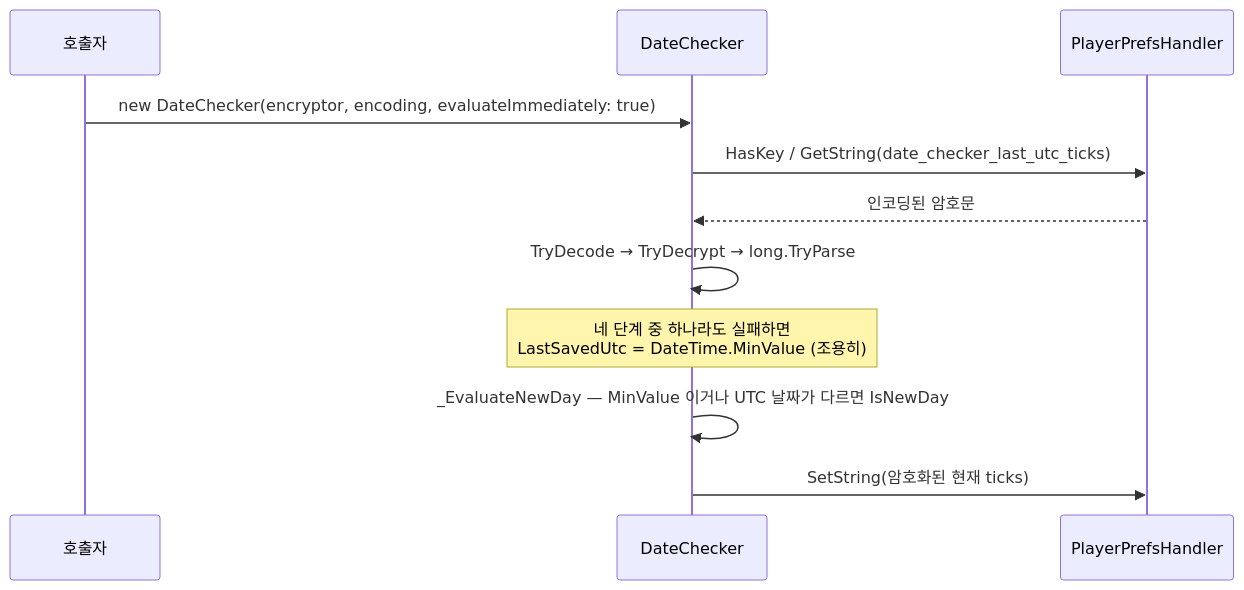
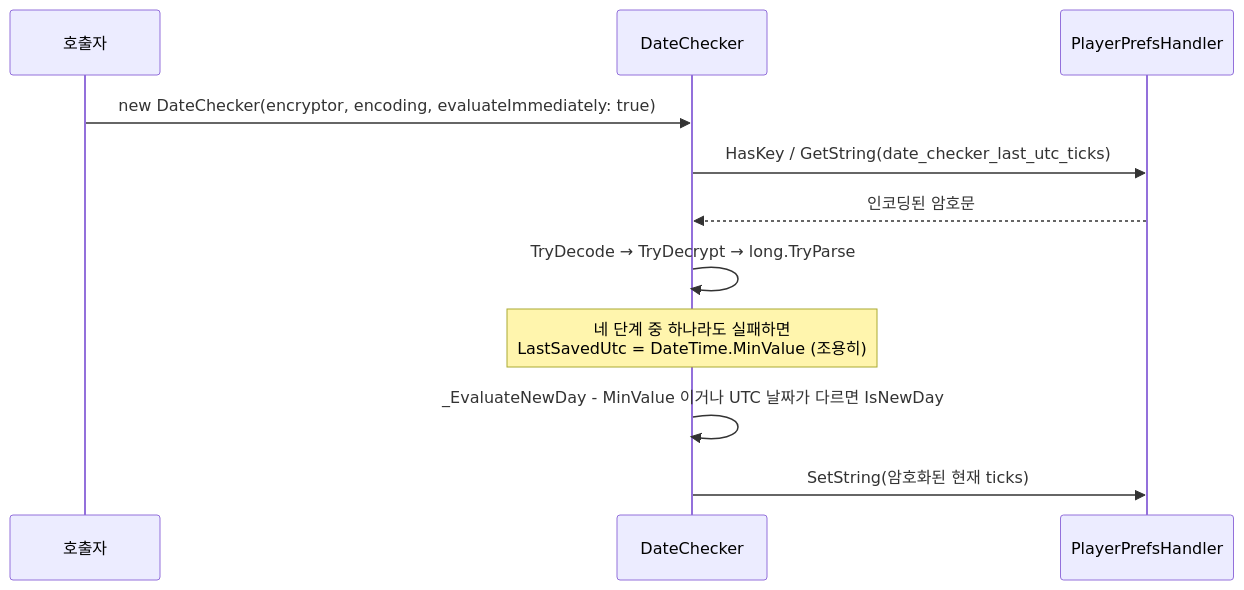
One commit to HoHong123/HCUP-Unity changed the fifth of 6 diagrams in HCore/Runtime/README.md. Above: the diagram before and after it, drawn with Mermaid. The commit also changed other lines of this file, not shown here.

````diff
--- a/HCore/Runtime/README.md
+++ b/HCore/Runtime/README.md
@@ -230,14 +232,14 @@
 ```mermaid
 sequenceDiagram
     participant C as 호출자
     participant D as DateChecker
     participant P as PlayerPrefsHandler
 
     C->>D: new DateChecker(encryptor, encoding, evaluateImmediately: true)
     D->>P: HasKey / GetString(date_checker_last_utc_ticks)
     P-->>D: 인코딩된 암호문
     D->>D: TryDecode → TryDecrypt → long.TryParse
     Note over D: 네 단계 중 하나라도 실패하면<br/>LastSavedUtc = DateTime.MinValue (조용히)
-    D->>D: _EvaluateNewDay — MinValue 이거나 UTC 날짜가 다르면 IsNewDay
+    D->>D: _EvaluateNewDay - MinValue 이거나 UTC 날짜가 다르면 IsNewDay
     D->>P: SetString(암호화된 현재 ticks)
 ```
````
